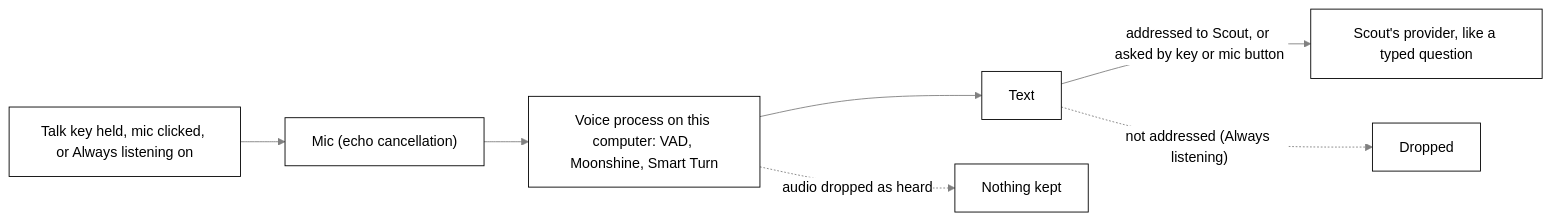
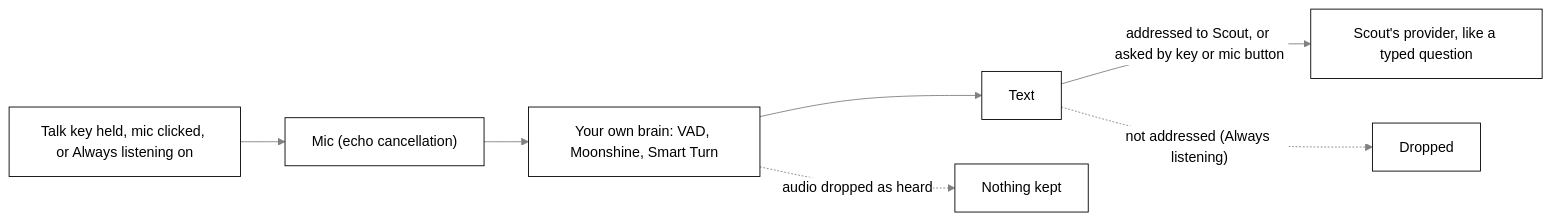
One commit to nadeem4/tagalong changed the second of 2 diagrams in docs/privacy.md. Above: the diagram before and after it, drawn with Mermaid. The commit also changed other lines of this file and 101 other files, not shown here.

First line of the commit message:
refactor(desktop): hear and speak through the brain, drop the voice process (15d) (#220)

````diff
--- a/docs/privacy.md
+++ b/docs/privacy.md
@@ -268,10 +268,10 @@
 ```mermaid
 %%{init: {"theme": "base", "themeVariables": {"primaryColor": "#ffffff", "primaryTextColor": "#000000", "primaryBorderColor": "#000000", "lineColor": "#808080", "secondaryColor": "#f2f2f2", "tertiaryColor": "#ffffff", "clusterBkg": "#f7f7f7", "clusterBorder": "#808080", "edgeLabelBackground": "#ffffff", "titleColor": "#808080", "fontFamily": "Segoe UI, Helvetica, Arial, sans-serif"}}}%%
 flowchart LR
   K["Talk key held, mic clicked, or Always listening on"] --> M["Mic (echo cancellation)"]
-  M --> V["Voice process on this computer: VAD, Moonshine, Smart Turn"]
+  M --> V["Your own brain: VAD, Moonshine, Smart Turn"]
   V --> T["Text"]
   T -->|"addressed to Scout, or asked by key or mic button"| P["Scout's provider, like a typed question"]
   T -.->|"not addressed (Always listening)"| D["Dropped"]
   V -.->|"audio dropped as heard"| X["Nothing kept"]
 ```
````
